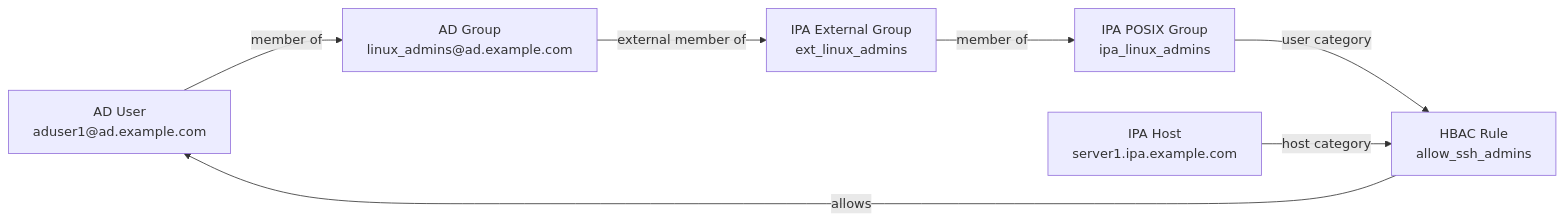
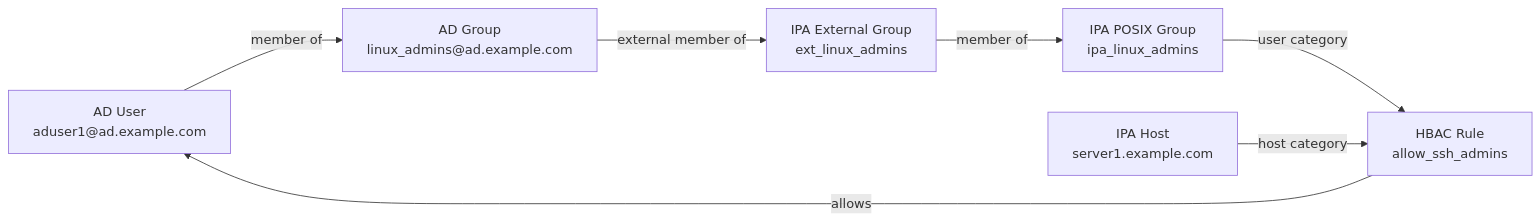
Diagram 11 of 15 in 11_ad_trust.md (UncleJS/course_FreeIPA), drawn with Mermaid before and after one commit. The commit also changed other lines of this file and 22 other files, not shown here.

````diff
--- a/11_ad_trust.md
+++ b/11_ad_trust.md
@@ -631,16 +631,16 @@
 ```mermaid
 graph LR
     ADU["AD User<br/>aduser1@ad.example.com"]
     ADG["AD Group<br/>linux_admins@ad.example.com"]
     EG["IPA External Group<br/>ext_linux_admins"]
     IG["IPA POSIX Group<br/>ipa_linux_admins"]
     HBAC["HBAC Rule<br/>allow_ssh_admins"]
-    HOST["IPA Host<br/>server1.ipa.example.com"]
+    HOST["IPA Host<br/>server1.example.com"]
 
     ADU -->|member of| ADG
     ADG -->|external member of| EG
     EG -->|member of| IG
     IG -->|user category| HBAC
     HOST -->|host category| HBAC
     HBAC -->|allows| ADU
 ```
````
